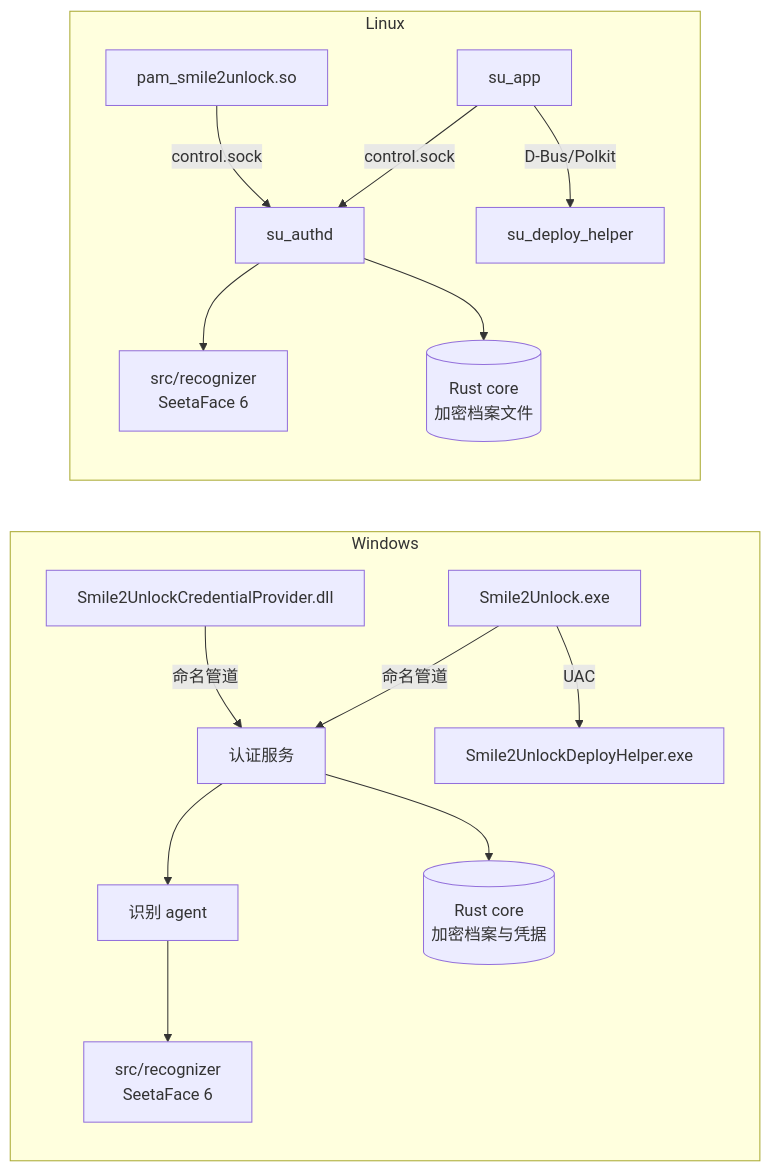
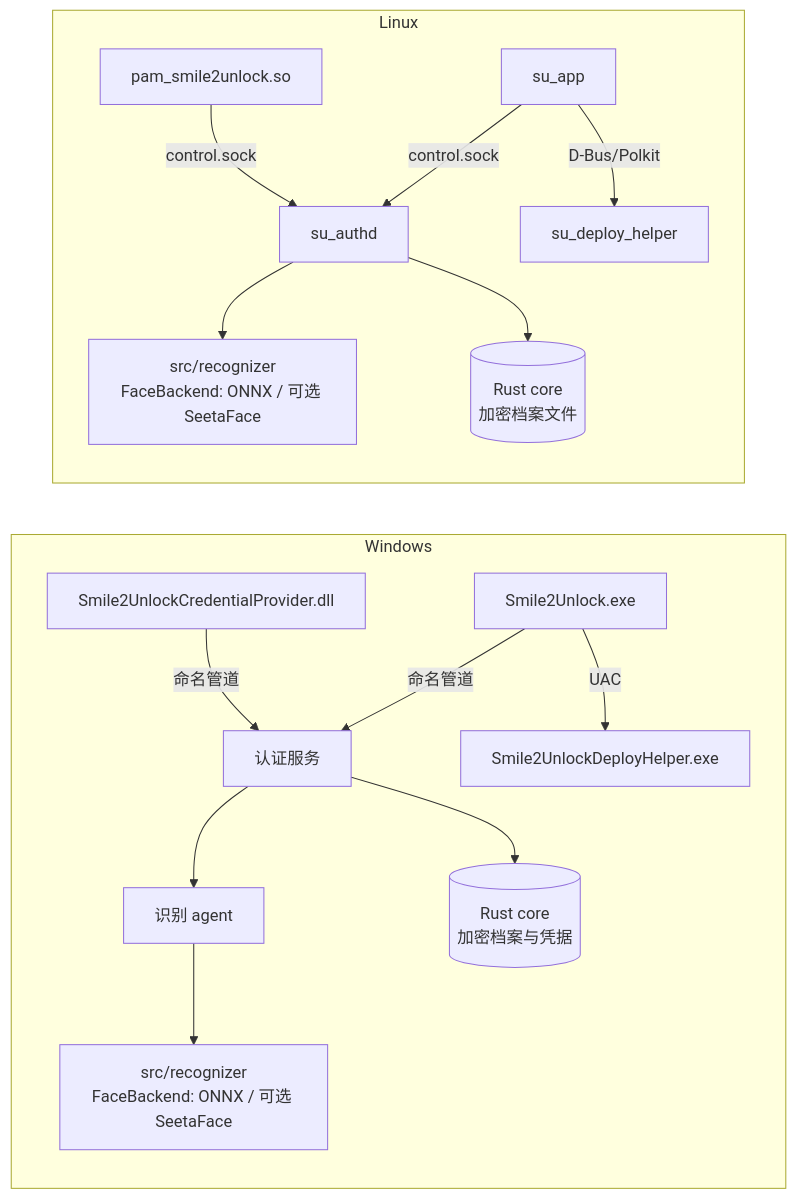
One commit to Smile2Unlock/Smile2Unlock_v2 changed the diagram in README_zh.md. Above: the diagram before and after it, drawn with Mermaid. The commit also changed other lines of this file and 70 other files, not shown here.

First line of the commit message:
feat(recognizer): replace SeetaFace with LightFace ONNX backend by default (#145)

````diff
--- a/README_zh.md
+++ b/README_zh.md
@@ -113,18 +112,18 @@
 ```mermaid
 flowchart LR
     subgraph Windows
         CP[Smile2UnlockCredentialProvider.dll] -- 命名管道 --> SERVICE[认证服务]
         GUIW[Smile2Unlock.exe] -- 命名管道 --> SERVICE
         SERVICE --> AGENT[识别 agent]
-        AGENT --> REC[src/recognizer<br/>SeetaFace 6]
+        AGENT --> REC[src/recognizer<br/>FaceBackend: ONNX / 可选 SeetaFace]
         SERVICE --> CORE[(Rust core<br/>加密档案与凭据)]
         GUIW -- UAC --> HELPER[Smile2UnlockDeployHelper.exe]
     end
     subgraph Linux
         PAM[pam_smile2unlock.so] -- control.sock --> AUTHD[su_authd]
-        AUTHD --> REC2[src/recognizer<br/>SeetaFace 6]
+        AUTHD --> REC2[src/recognizer<br/>FaceBackend: ONNX / 可选 SeetaFace]
         AUTHD --> CORE2[(Rust core<br/>加密档案文件)]
         GUI[su_app] -- control.sock --> AUTHD
         GUI -- D-Bus/Polkit --> HELPER2[su_deploy_helper]
     end
 ```
````
